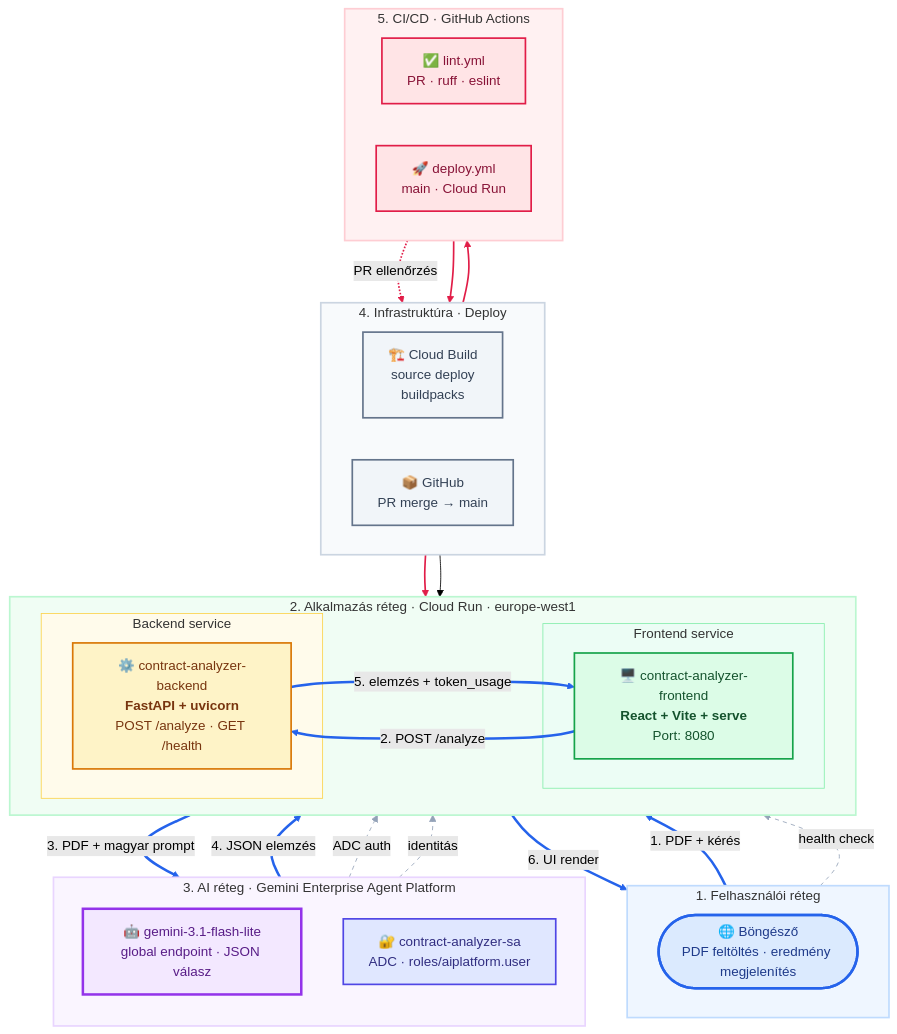
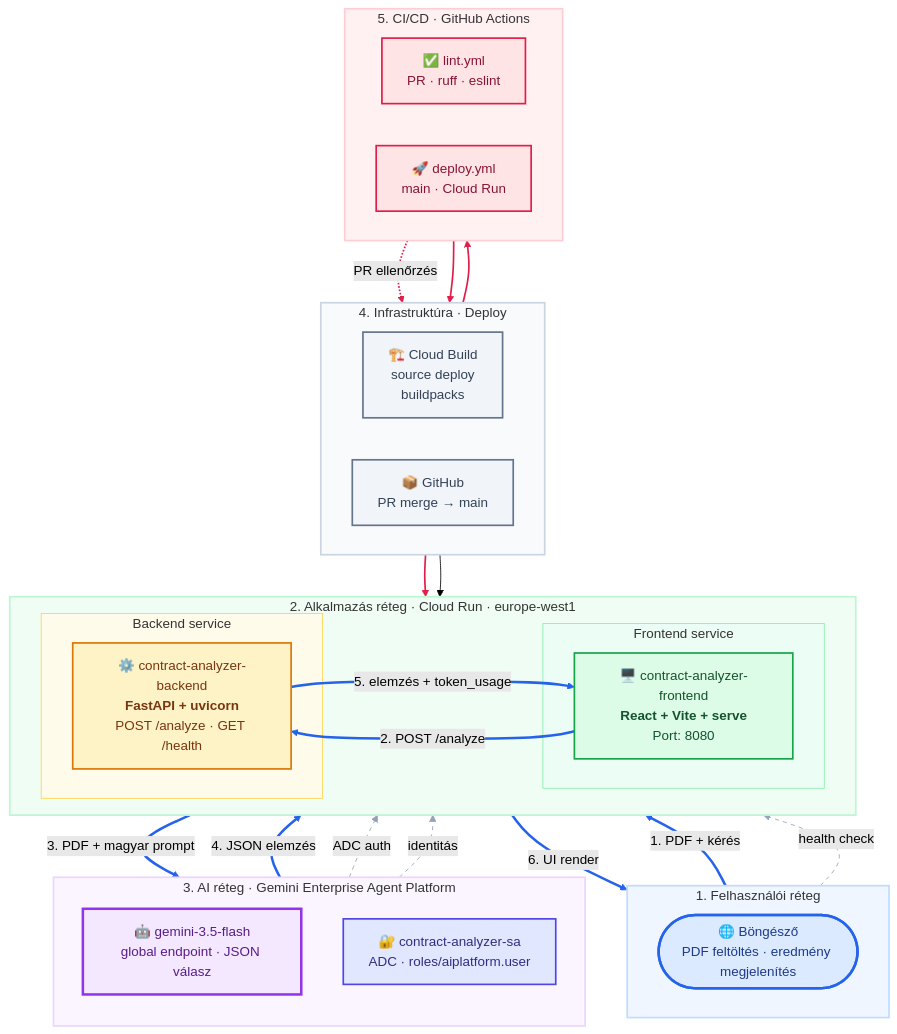
The second of 6 diagrams in README.md (cloudsteak/trn-gcp-ai-contract-analyzer), drawn with Mermaid (forest theme) before and after one commit. The commit also changed other lines of this file and 4 other files, not shown here.

````diff
--- a/README.md
+++ b/README.md
@@ -281,80 +281,80 @@
 ```mermaid
 flowchart TB
     subgraph L1["1. Felhasználói réteg"]
         direction LR
         Browser(["🌐 Böngésző<br/>PDF feltöltés · eredmény megjelenítés"])
     end
 
     subgraph L2["2. Alkalmazás réteg · Cloud Run · europe-west1"]
         direction LR
         subgraph CR_FE["Frontend service"]
             FE["🖥️ contract-analyzer-frontend<br/><b>React + Vite + serve</b><br/>Port: 8080"]
         end
         subgraph CR_BE["Backend service"]
             BE["⚙️ contract-analyzer-backend<br/><b>FastAPI + uvicorn</b><br/>POST /analyze · GET /health"]
         end
     end
 
     subgraph L3["3. AI réteg · Gemini Enterprise Agent Platform"]
         direction TB
-        GEAP["🤖 gemini-3.1-flash-lite<br/>global endpoint · JSON válasz"]
+        GEAP["🤖 gemini-3.5-flash<br/>global endpoint · JSON válasz"]
         SA["🔐 contract-analyzer-sa<br/>ADC · roles/aiplatform.user"]
     end
 
     subgraph L4["4. Infrastruktúra · Deploy"]
         direction LR
         CB["🏗️ Cloud Build<br/>source deploy<br/>buildpacks"]
         GH["📦 GitHub<br/>PR merge → main"]
     end
 
     subgraph L5["5. CI/CD · GitHub Actions"]
         direction LR
         Lint["✅ lint.yml<br/>PR · ruff · eslint"]
         Deploy["🚀 deploy.yml<br/>main · Cloud Run"]
     end
 
     Browser ==>|"1. PDF + kérés"| FE
     FE ==>|"2. POST /analyze"| BE
     BE ==>|"3. PDF + magyar prompt"| GEAP
     GEAP ==>|"4. JSON elemzés"| BE
     BE ==>|"5. elemzés + token_usage"| FE
     FE ==>|"6. UI render"| Browser
 
     Browser -.->|"health check"| BE
     SA -.->|"ADC auth"| BE
     SA -.->|"identitás"| FE
 
     GH --> Deploy
     Lint -.->|"PR ellenőrzés"| GH
     Deploy --> CB
     CB --> FE
     CB --> BE
 
     classDef client fill:#DBEAFE,stroke:#2563EB,stroke-width:3px,color:#1E3A8A,rx:12,ry:12
     classDef frontend fill:#DCFCE7,stroke:#16A34A,stroke-width:2px,color:#14532D
     classDef backend fill:#FEF3C7,stroke:#D97706,stroke-width:2px,color:#78350F
     classDef ai fill:#F3E8FF,stroke:#9333EA,stroke-width:3px,color:#581C87
     classDef security fill:#E0E7FF,stroke:#4F46E5,stroke-width:2px,color:#312E81
     classDef infra fill:#F1F5F9,stroke:#64748B,stroke-width:2px,color:#334155
     classDef cicd fill:#FFE4E6,stroke:#E11D48,stroke-width:2px,color:#881337
 
     class Browser client
     class FE frontend
     class BE backend
     class GEAP ai
     class SA security
     class CB,GH infra
     class Lint,Deploy cicd
 
     linkStyle 0,1,2,3,4,5 stroke:#2563EB,stroke-width:3px
     linkStyle 6,7,8 stroke:#94A3B8,stroke-width:1px,stroke-dasharray:5
     linkStyle 9,10,11,12 stroke:#E11D48,stroke-width:2px
 
     style L1 fill:#EFF6FF,stroke:#BFDBFE,stroke-width:2px
     style L2 fill:#F0FDF4,stroke:#BBF7D0,stroke-width:2px
     style L3 fill:#FAF5FF,stroke:#E9D5FF,stroke-width:2px
     style L4 fill:#F8FAFC,stroke:#CBD5E1,stroke-width:2px
     style L5 fill:#FFF1F2,stroke:#FECDD3,stroke-width:2px
     style CR_FE fill:#ECFDF5,stroke:#86EFAC,stroke-width:1px
     style CR_BE fill:#FFFBEB,stroke:#FCD34D,stroke-width:1px
 ```
````
